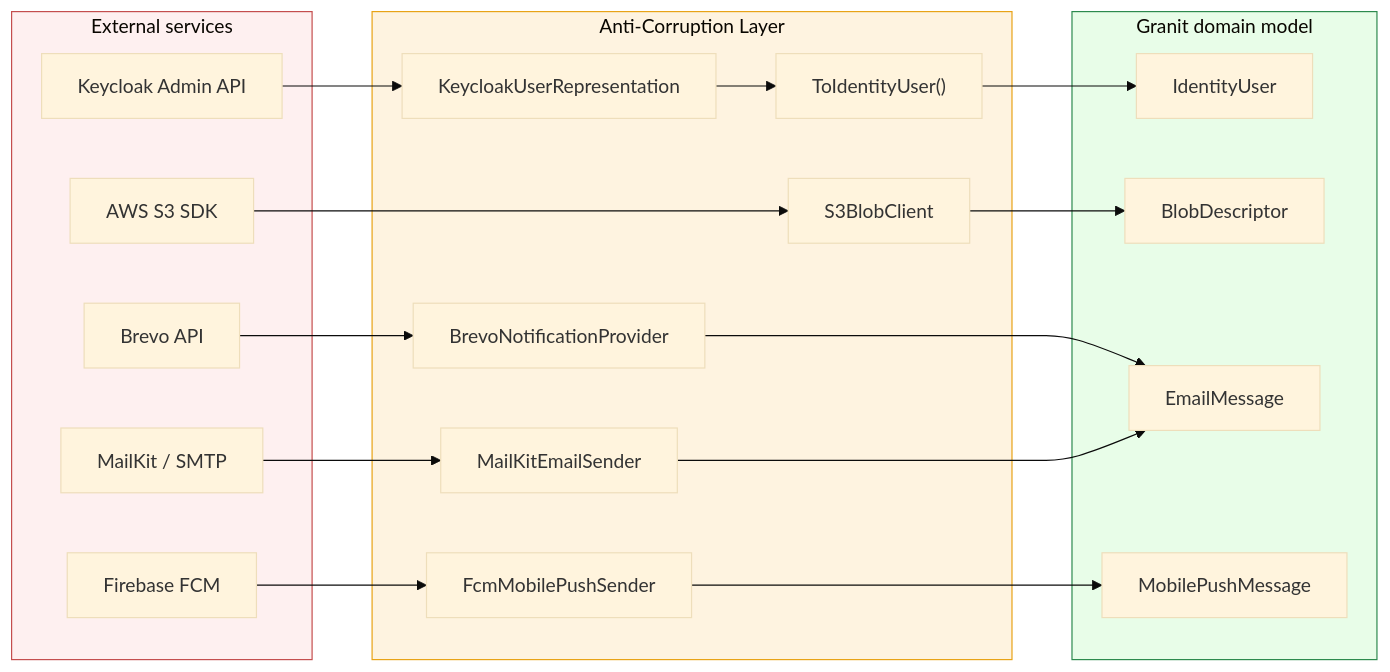
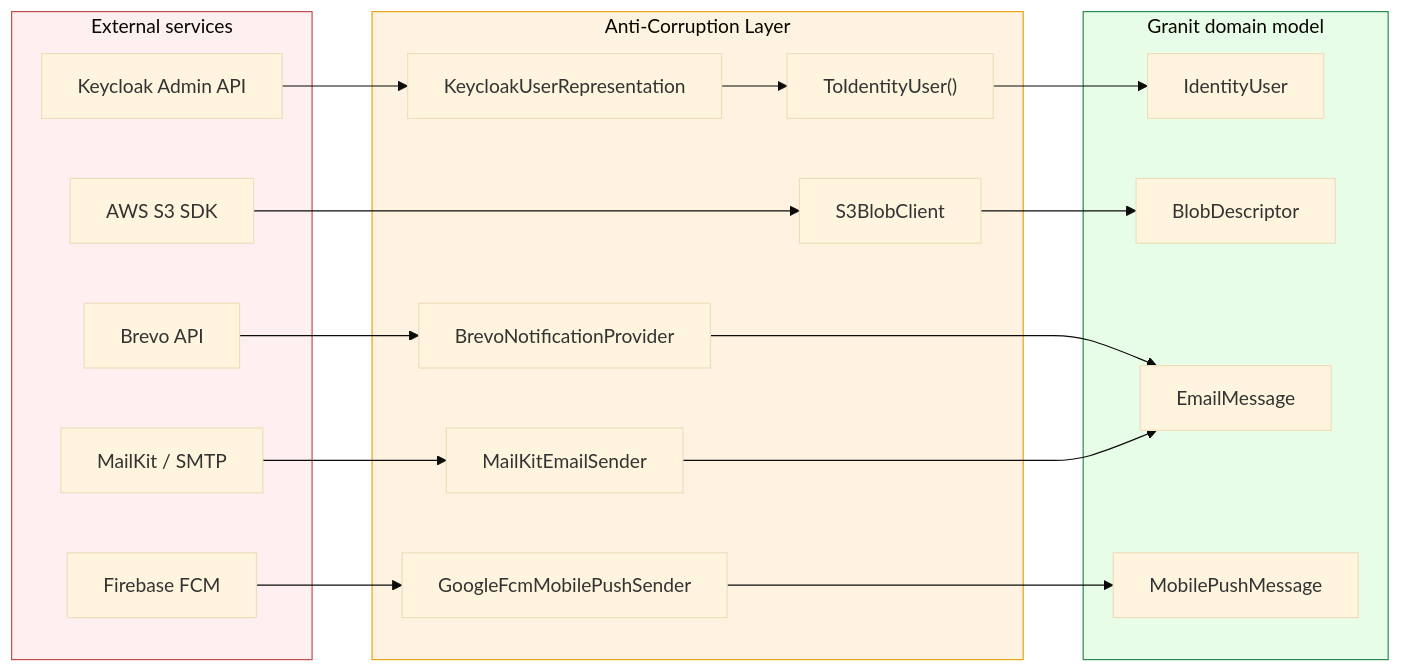
One commit to enraiz/granit-dotnet changed the diagram in docs-site/src/content/docs/architecture/patterns/anti-corruption-layer.md. Above: the diagram before and after it, drawn with Mermaid (base theme). The commit also changed other lines of this file and 139 other files, not shown here.

````diff
--- a/docs-site/src/content/docs/architecture/patterns/anti-corruption-layer.md
+++ b/docs-site/src/content/docs/architecture/patterns/anti-corruption-layer.md
@@ -17,36 +17,36 @@
 ```mermaid
 flowchart LR
     subgraph External["External services"]
         KC["Keycloak Admin API"]
         S3["AWS S3 SDK"]
         BR["Brevo API"]
         FCM["Firebase FCM"]
         MK["MailKit / SMTP"]
     end
 
     subgraph ACL["Anti-Corruption Layer"]
         KC_DTO["KeycloakUserRepresentation"]
         KC_MAP["ToIdentityUser()"]
         S3_ADP["S3BlobClient"]
         BR_ADP["BrevoNotificationProvider"]
-        FCM_ADP["FcmMobilePushSender"]
+        FCM_ADP["GoogleFcmMobilePushSender"]
         MK_ADP["MailKitEmailSender"]
     end
 
     subgraph Domain["Granit domain model"]
         IU["IdentityUser"]
         BD["BlobDescriptor"]
         EM["EmailMessage"]
         PM["MobilePushMessage"]
     end
 
     KC --> KC_DTO --> KC_MAP --> IU
     S3 --> S3_ADP --> BD
     BR --> BR_ADP --> EM
     FCM --> FCM_ADP --> PM
     MK --> MK_ADP --> EM
 
     style External fill:#fef0f0,stroke:#c44e4e
     style ACL fill:#fef3e0,stroke:#e8a317
     style Domain fill:#e8fde8,stroke:#2d8a4e
 ```
````
